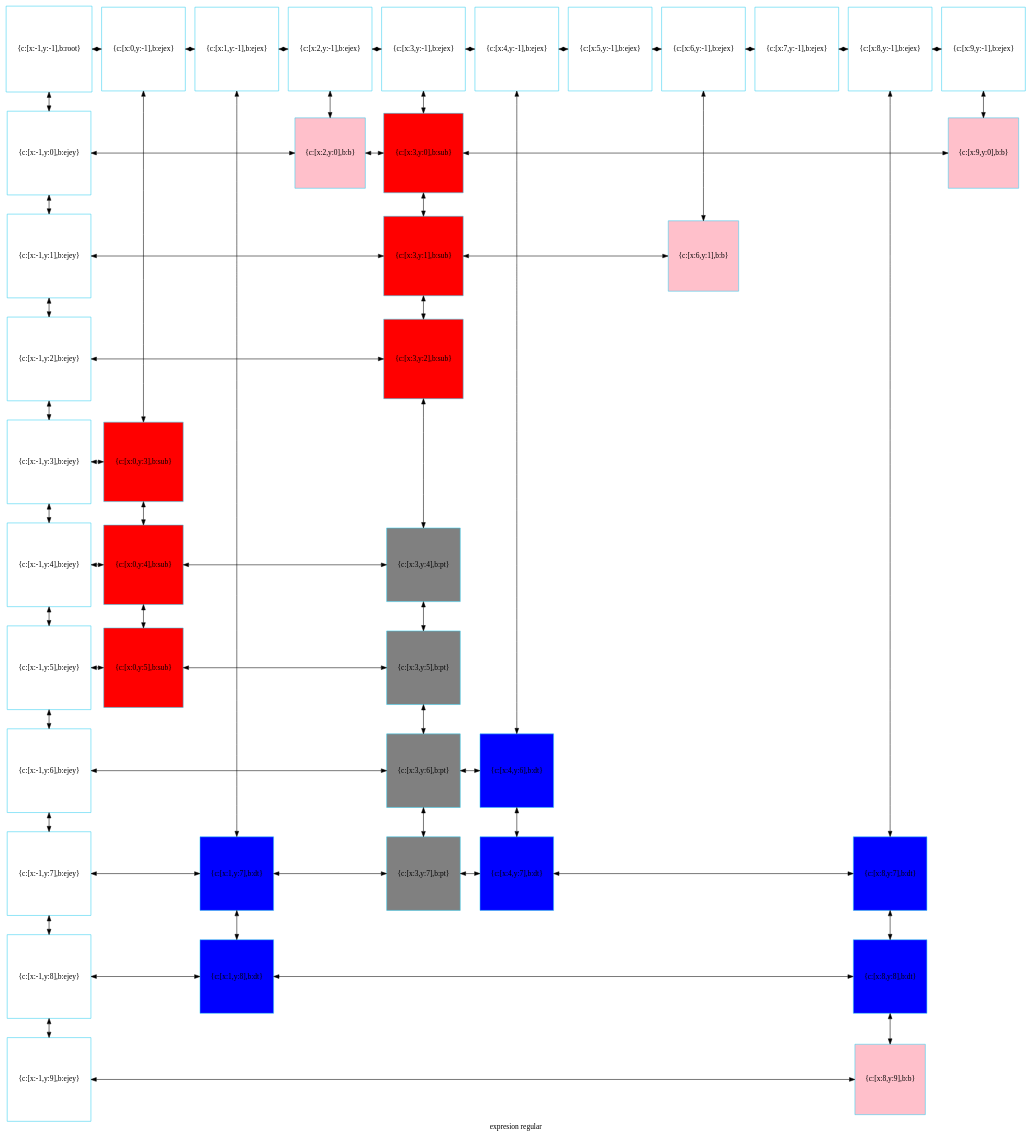
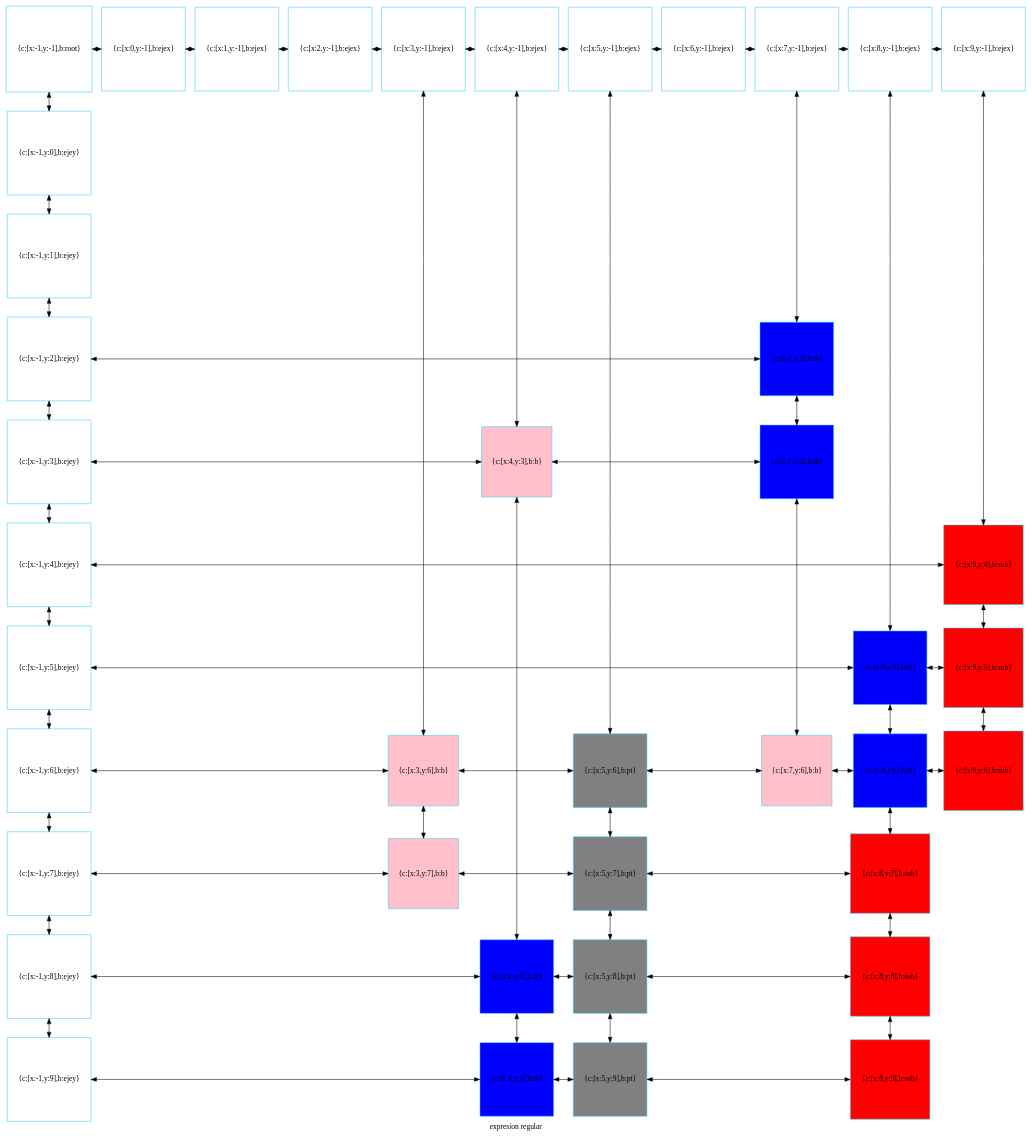
The diagram in compu.dot (betebetoven/EDDS2F2), drawn with Graphviz before and after one commit. The commit also changed 14 other files, not shown here.

```diff
--- a/compu.dot
+++ b/compu.dot
@@ -1,121 +1,121 @@
 digraph G
 {label="expresion regular"
         node[shape = square]
         node[style = filled]
         node[fillcolor = "#EEEEE"]
         node[color = "#EEEEE"]
         node[color = "#31CEF0"]
 
-2029351999504[label="{c:[x:-1,y:-1],b:root}",fillcolor = "white"]
-2029351998640[label="{c:[x:0,y:-1],b:ejex}",fillcolor = "white"]
-2029351998736[label="{c:[x:1,y:-1],b:ejex}",fillcolor = "white"]
-2029351999648[label="{c:[x:2,y:-1],b:ejex}",fillcolor = "white"]
-2029351998880[label="{c:[x:3,y:-1],b:ejex}",fillcolor = "white"]
-2029351999792[label="{c:[x:4,y:-1],b:ejex}",fillcolor = "white"]
-2029351999936[label="{c:[x:5,y:-1],b:ejex}",fillcolor = "white"]
-2029352000080[label="{c:[x:6,y:-1],b:ejex}",fillcolor = "white"]
-2029352000224[label="{c:[x:7,y:-1],b:ejex}",fillcolor = "white"]
-2029352000368[label="{c:[x:8,y:-1],b:ejex}",fillcolor = "white"]
-2029352000512[label="{c:[x:9,y:-1],b:ejex}",fillcolor = "white"]
-2029352000656[label="{c:[x:-1,y:0],b:ejey}",fillcolor = "white"]
-2029352007568[label="{c:[x:2,y:0],b:b}",fillcolor = "pink"]
-2029352003776[label="{c:[x:3,y:0],b:sub}",fillcolor = "red"]
-2029352007904[label="{c:[x:9,y:0],b:b}",fillcolor = "pink"]
-2029352000800[label="{c:[x:-1,y:1],b:ejey}",fillcolor = "white"]
-2029352003872[label="{c:[x:3,y:1],b:sub}",fillcolor = "red"]
-2029352008576[label="{c:[x:6,y:1],b:b}",fillcolor = "pink"]
-2029352000944[label="{c:[x:-1,y:2],b:ejey}",fillcolor = "white"]
-2029352003632[label="{c:[x:3,y:2],b:sub}",fillcolor = "red"]
-2029352001088[label="{c:[x:-1,y:3],b:ejey}",fillcolor = "white"]
-2029352004544[label="{c:[x:0,y:3],b:sub}",fillcolor = "red"]
-2029352001232[label="{c:[x:-1,y:4],b:ejey}",fillcolor = "white"]
-2029352004880[label="{c:[x:0,y:4],b:sub}",fillcolor = "red"]
-2029352002432[label="{c:[x:3,y:4],b:pt}",fillcolor = "gray"]
-2029352001376[label="{c:[x:-1,y:5],b:ejey}",fillcolor = "white"]
-2029352005216[label="{c:[x:0,y:5],b:sub}",fillcolor = "red"]
-2029352003008[label="{c:[x:3,y:5],b:pt}",fillcolor = "gray"]
-2029352001520[label="{c:[x:-1,y:6],b:ejey}",fillcolor = "white"]
-2029352002528[label="{c:[x:3,y:6],b:pt}",fillcolor = "gray"]
-2029352006224[label="{c:[x:4,y:6],b:dt}",fillcolor = "blue"]
-2029352001664[label="{c:[x:-1,y:7],b:ejey}",fillcolor = "white"]
-2029352006896[label="{c:[x:1,y:7],b:dt}",fillcolor = "blue"]
-2029352002288[label="{c:[x:3,y:7],b:pt}",fillcolor = "gray"]
-2029352006560[label="{c:[x:4,y:7],b:dt}",fillcolor = "blue"]
-2029352005552[label="{c:[x:8,y:7],b:dt}",fillcolor = "blue"]
-2029352001808[label="{c:[x:-1,y:8],b:ejey}",fillcolor = "white"]
-2029352007232[label="{c:[x:1,y:8],b:dt}",fillcolor = "blue"]
-2029352005888[label="{c:[x:8,y:8],b:dt}",fillcolor = "blue"]
-2029352001952[label="{c:[x:-1,y:9],b:ejey}",fillcolor = "white"]
-2029352008240[label="{c:[x:8,y:9],b:b}",fillcolor = "pink"]
-2029351999504->2029352000656[dir = both];
-2029352000656->2029352000800[dir = both];
-2029352000800->2029352000944[dir = both];
-2029352000944->2029352001088[dir = both];
-2029352001088->2029352001232[dir = both];
-2029352001232->2029352001376[dir = both];
-2029352001376->2029352001520[dir = both];
-2029352001520->2029352001664[dir = both];
-2029352001664->2029352001808[dir = both];
-2029352001808->2029352001952[dir = both];
-2029351998640->2029352004544[dir = both];
-2029352004544->2029352004880[dir = both];
-2029352004880->2029352005216[dir = both];
-2029351998736->2029352006896[dir = both];
-2029352006896->2029352007232[dir = both];
-2029351999648->2029352007568[dir = both];
-2029351998880->2029352003776[dir = both];
-2029352003776->2029352003872[dir = both];
-2029352003872->2029352003632[dir = both];
-2029352003632->2029352002432[dir = both];
-2029352002432->2029352003008[dir = both];
-2029352003008->2029352002528[dir = both];
-2029352002528->2029352002288[dir = both];
-2029351999792->2029352006224[dir = both];
-2029352006224->2029352006560[dir = both];
-2029352000080->2029352008576[dir = both];
-2029352000368->2029352005552[dir = both];
-2029352005552->2029352005888[dir = both];
-2029352005888->2029352008240[dir = both];
-2029352000512->2029352007904[dir = both];
-2029351999504->2029351998640[dir = both];
-2029351998640->2029351998736[dir = both];
-2029351998736->2029351999648[dir = both];
-2029351999648->2029351998880[dir = both];
-2029351998880->2029351999792[dir = both];
-2029351999792->2029351999936[dir = both];
-2029351999936->2029352000080[dir = both];
-2029352000080->2029352000224[dir = both];
-2029352000224->2029352000368[dir = both];
-2029352000368->2029352000512[dir = both];
-2029352000656->2029352007568[constraint=false,dir = both];
-2029352007568->2029352003776[constraint=false,dir = both];
-2029352003776->2029352007904[constraint=false,dir = both];
-2029352000800->2029352003872[constraint=false,dir = both];
-2029352003872->2029352008576[constraint=false,dir = both];
-2029352000944->2029352003632[constraint=false,dir = both];
-2029352001088->2029352004544[constraint=false,dir = both];
-2029352001232->2029352004880[constraint=false,dir = both];
-2029352004880->2029352002432[constraint=false,dir = both];
-2029352001376->2029352005216[constraint=false,dir = both];
-2029352005216->2029352003008[constraint=false,dir = both];
-2029352001520->2029352002528[constraint=false,dir = both];
-2029352002528->2029352006224[constraint=false,dir = both];
-2029352001664->2029352006896[constraint=false,dir = both];
-2029352006896->2029352002288[constraint=false,dir = both];
-2029352002288->2029352006560[constraint=false,dir = both];
-2029352006560->2029352005552[constraint=false,dir = both];
-2029352001808->2029352007232[constraint=false,dir = both];
-2029352007232->2029352005888[constraint=false,dir = both];
-2029352001952->2029352008240[constraint=false,dir = both];
- {rank=same; 2029351999504;2029351998640;2029351998736;2029351999648;2029351998880;2029351999792;2029351999936;2029352000080;2029352000224;2029352000368;2029352000512;}
- {rank=same; 2029352000656;2029352007568;2029352003776;2029352007904;}
- {rank=same; 2029352000800;2029352003872;2029352008576;}
- {rank=same; 2029352000944;2029352003632;}
- {rank=same; 2029352001088;2029352004544;}
- {rank=same; 2029352001232;2029352004880;2029352002432;}
- {rank=same; 2029352001376;2029352005216;2029352003008;}
- {rank=same; 2029352001520;2029352002528;2029352006224;}
- {rank=same; 2029352001664;2029352006896;2029352002288;2029352006560;2029352005552;}
- {rank=same; 2029352001808;2029352007232;2029352005888;}
- {rank=same; 2029352001952;2029352008240;}
+2386077290544[label="{c:[x:-1,y:-1],b:root}",fillcolor = "white"]
+2386077295296[label="{c:[x:0,y:-1],b:ejex}",fillcolor = "white"]
+2386077295248[label="{c:[x:1,y:-1],b:ejex}",fillcolor = "white"]
+2386077294816[label="{c:[x:2,y:-1],b:ejex}",fillcolor = "white"]
+2386078210832[label="{c:[x:3,y:-1],b:ejex}",fillcolor = "white"]
+2386078210928[label="{c:[x:4,y:-1],b:ejex}",fillcolor = "white"]
+2386078211072[label="{c:[x:5,y:-1],b:ejex}",fillcolor = "white"]
+2386078211216[label="{c:[x:6,y:-1],b:ejex}",fillcolor = "white"]
+2386078211360[label="{c:[x:7,y:-1],b:ejex}",fillcolor = "white"]
+2386078211504[label="{c:[x:8,y:-1],b:ejex}",fillcolor = "white"]
+2386078211648[label="{c:[x:9,y:-1],b:ejex}",fillcolor = "white"]
+2386078211792[label="{c:[x:-1,y:0],b:ejey}",fillcolor = "white"]
+2386078211936[label="{c:[x:-1,y:1],b:ejey}",fillcolor = "white"]
+2386078212080[label="{c:[x:-1,y:2],b:ejey}",fillcolor = "white"]
+2386078218032[label="{c:[x:7,y:2],b:dt}",fillcolor = "blue"]
+2386078212224[label="{c:[x:-1,y:3],b:ejey}",fillcolor = "white"]
+2386078219808[label="{c:[x:4,y:3],b:b}",fillcolor = "pink"]
+2386078218368[label="{c:[x:7,y:3],b:dt}",fillcolor = "blue"]
+2386078212368[label="{c:[x:-1,y:4],b:ejey}",fillcolor = "white"]
+2386078214672[label="{c:[x:9,y:4],b:sub}",fillcolor = "red"]
+2386078212512[label="{c:[x:-1,y:5],b:ejey}",fillcolor = "white"]
+2386078217696[label="{c:[x:8,y:5],b:dt}",fillcolor = "blue"]
+2386078215008[label="{c:[x:9,y:5],b:sub}",fillcolor = "red"]
+2386078212656[label="{c:[x:-1,y:6],b:ejey}",fillcolor = "white"]
+2386078219376[label="{c:[x:3,y:6],b:b}",fillcolor = "pink"]
+2386078213664[label="{c:[x:5,y:6],b:pt}",fillcolor = "gray"]
+2386078218704[label="{c:[x:7,y:6],b:b}",fillcolor = "pink"]
+2386078217456[label="{c:[x:8,y:6],b:dt}",fillcolor = "blue"]
+2386078215344[label="{c:[x:9,y:6],b:sub}",fillcolor = "red"]
+2386078212800[label="{c:[x:-1,y:7],b:ejey}",fillcolor = "white"]
+2386078219040[label="{c:[x:3,y:7],b:b}",fillcolor = "pink"]
+2386078213424[label="{c:[x:5,y:7],b:pt}",fillcolor = "gray"]
+2386078215680[label="{c:[x:8,y:7],b:sub}",fillcolor = "red"]
+2386078212944[label="{c:[x:-1,y:8],b:ejey}",fillcolor = "white"]
+2386078216688[label="{c:[x:4,y:8],b:dt}",fillcolor = "blue"]
+2386078214000[label="{c:[x:5,y:8],b:pt}",fillcolor = "gray"]
+2386078216016[label="{c:[x:8,y:8],b:sub}",fillcolor = "red"]
+2386078213088[label="{c:[x:-1,y:9],b:ejey}",fillcolor = "white"]
+2386078217024[label="{c:[x:4,y:9],b:dt}",fillcolor = "blue"]
+2386078214336[label="{c:[x:5,y:9],b:pt}",fillcolor = "gray"]
+2386078216352[label="{c:[x:8,y:9],b:sub}",fillcolor = "red"]
+2386077290544->2386078211792[dir = both];
+2386078211792->2386078211936[dir = both];
+2386078211936->2386078212080[dir = both];
+2386078212080->2386078212224[dir = both];
+2386078212224->2386078212368[dir = both];
+2386078212368->2386078212512[dir = both];
+2386078212512->2386078212656[dir = both];
+2386078212656->2386078212800[dir = both];
+2386078212800->2386078212944[dir = both];
+2386078212944->2386078213088[dir = both];
+2386078210832->2386078219376[dir = both];
+2386078219376->2386078219040[dir = both];
+2386078210928->2386078219808[dir = both];
+2386078219808->2386078216688[dir = both];
+2386078216688->2386078217024[dir = both];
+2386078211072->2386078213664[dir = both];
+2386078213664->2386078213424[dir = both];
+2386078213424->2386078214000[dir = both];
+2386078214000->2386078214336[dir = both];
+2386078211360->2386078218032[dir = both];
+2386078218032->2386078218368[dir = both];
+2386078218368->2386078218704[dir = both];
+2386078211504->2386078217696[dir = both];
+2386078217696->2386078217456[dir = both];
+2386078217456->2386078215680[dir = both];
+2386078215680->2386078216016[dir = both];
+2386078216016->2386078216352[dir = both];
+2386078211648->2386078214672[dir = both];
+2386078214672->2386078215008[dir = both];
+2386078215008->2386078215344[dir = both];
+2386077290544->2386077295296[dir = both];
+2386077295296->2386077295248[dir = both];
+2386077295248->2386077294816[dir = both];
+2386077294816->2386078210832[dir = both];
+2386078210832->2386078210928[dir = both];
+2386078210928->2386078211072[dir = both];
+2386078211072->2386078211216[dir = both];
+2386078211216->2386078211360[dir = both];
+2386078211360->2386078211504[dir = both];
+2386078211504->2386078211648[dir = both];
+2386078212080->2386078218032[constraint=false,dir = both];
+2386078212224->2386078219808[constraint=false,dir = both];
+2386078219808->2386078218368[constraint=false,dir = both];
+2386078212368->2386078214672[constraint=false,dir = both];
+2386078212512->2386078217696[constraint=false,dir = both];
+2386078217696->2386078215008[constraint=false,dir = both];
+2386078212656->2386078219376[constraint=false,dir = both];
+2386078219376->2386078213664[constraint=false,dir = both];
+2386078213664->2386078218704[constraint=false,dir = both];
+2386078218704->2386078217456[constraint=false,dir = both];
+2386078217456->2386078215344[constraint=false,dir = both];
+2386078212800->2386078219040[constraint=false,dir = both];
+2386078219040->2386078213424[constraint=false,dir = both];
+2386078213424->2386078215680[constraint=false,dir = both];
+2386078212944->2386078216688[constraint=false,dir = both];
+2386078216688->2386078214000[constraint=false,dir = both];
+2386078214000->2386078216016[constraint=false,dir = both];
+2386078213088->2386078217024[constraint=false,dir = both];
+2386078217024->2386078214336[constraint=false,dir = both];
+2386078214336->2386078216352[constraint=false,dir = both];
+ {rank=same; 2386077290544;2386077295296;2386077295248;2386077294816;2386078210832;2386078210928;2386078211072;2386078211216;2386078211360;2386078211504;2386078211648;}
+ {rank=same; 2386078211792;}
+ {rank=same; 2386078211936;}
+ {rank=same; 2386078212080;2386078218032;}
+ {rank=same; 2386078212224;2386078219808;2386078218368;}
+ {rank=same; 2386078212368;2386078214672;}
+ {rank=same; 2386078212512;2386078217696;2386078215008;}
+ {rank=same; 2386078212656;2386078219376;2386078213664;2386078218704;2386078217456;2386078215344;}
+ {rank=same; 2386078212800;2386078219040;2386078213424;2386078215680;}
+ {rank=same; 2386078212944;2386078216688;2386078214000;2386078216016;}
+ {rank=same; 2386078213088;2386078217024;2386078214336;2386078216352;}
 }
```
